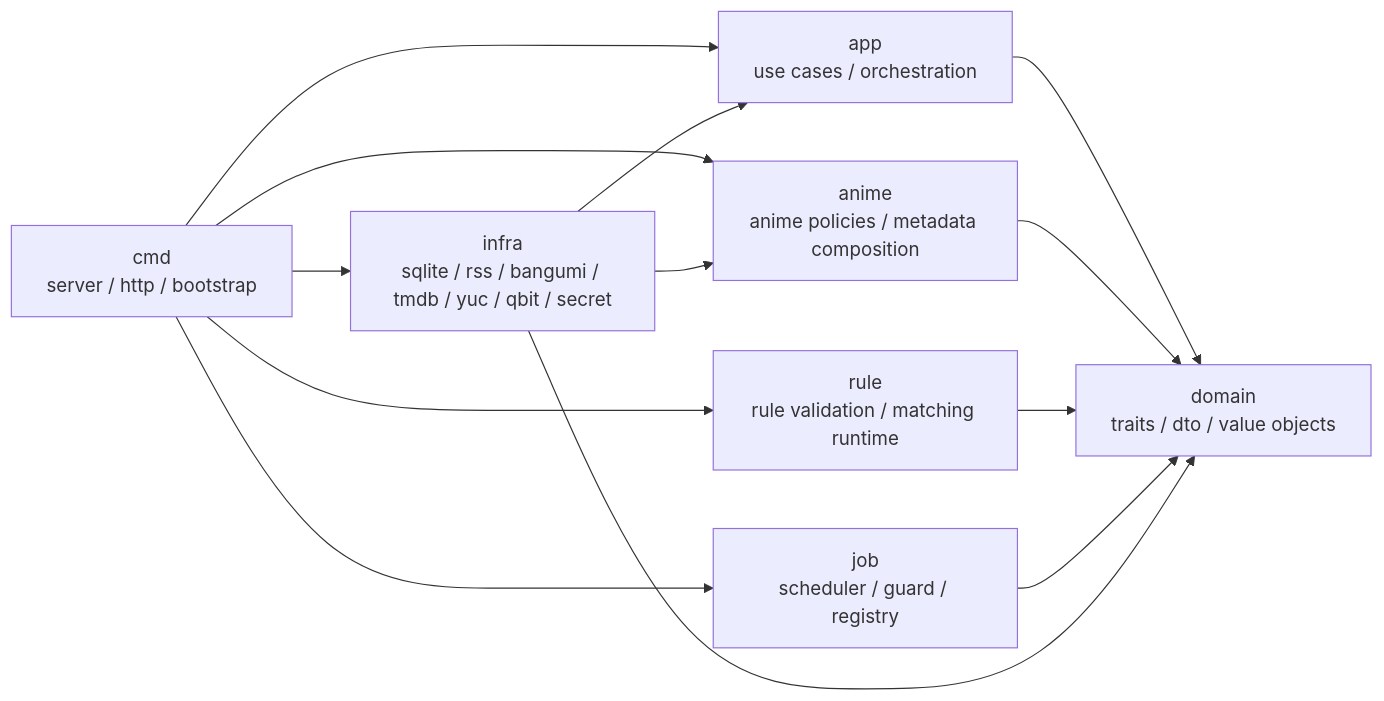
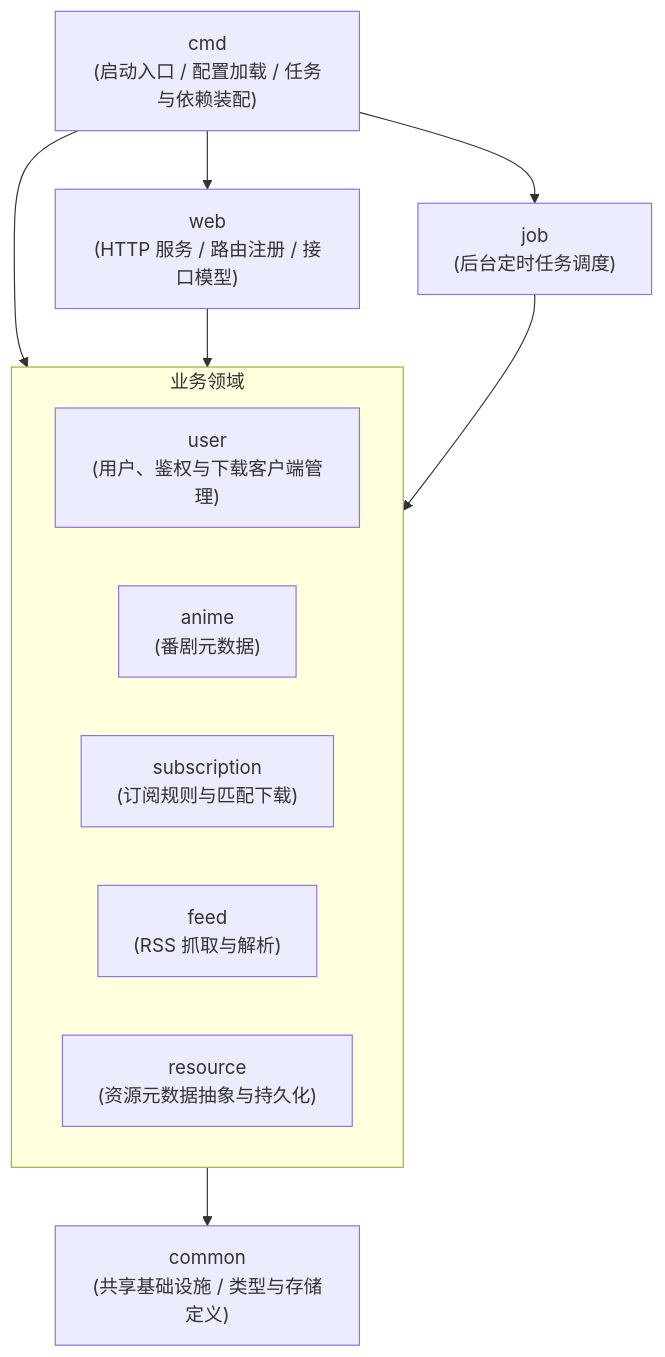
The first of 2 diagrams in README.md (Augenblick-tech/yanami), drawn with Mermaid before and after one commit. The commit also changed other lines of this file, not shown here.

````diff
--- a/README.md
+++ b/README.md
@@ -5,23 +7,22 @@
 ```mermaid
-flowchart LR
-    cmd["cmd\nserver / http / bootstrap"]
-    app["app\nuse cases / orchestration"]
-    domain["domain\ntraits / dto / value objects"]
-    anime["anime\nanime policies / metadata composition"]
-    rule["rule\nrule validation / matching runtime"]
-    job["job\nscheduler / guard / registry"]
-    infra["infra\nsqlite / rss / bangumi / tmdb / yuc / qbit / secret"]
-
-    cmd --> app
-    cmd --> anime
-    cmd --> rule
+flowchart TD
+    cmd["cmd\n(启动入口 / 配置加载 / 任务与依赖装配)"]
+    web["web\n(HTTP 服务 / 路由注册 / 接口模型)"]
+    common["common\n(共享基础设施 / 类型与存储定义)"]
+    job["job\n(后台定时任务调度)"]
+    
+    subgraph Domains [业务领域]
+    user["user\n(用户、鉴权与下载客户端管理)"]
+    anime["anime\n(番剧元数据)"]
+    subscription["subscription\n(订阅规则与匹配下载)"]
+    feed["feed\n(RSS 抓取与解析)"]
+    resource["resource\n(资源元数据抽象与持久化)"]
+    end
+    
+    cmd --> web
     cmd --> job
-    cmd --> infra
-    app --> domain
-    anime --> domain
-    rule --> domain
-    job --> domain
-    infra --> domain
-    infra --> app
-    infra --> anime
+    cmd --> Domains
+    web --> Domains
+    job --> Domains
+    Domains --> common
 ```
````
